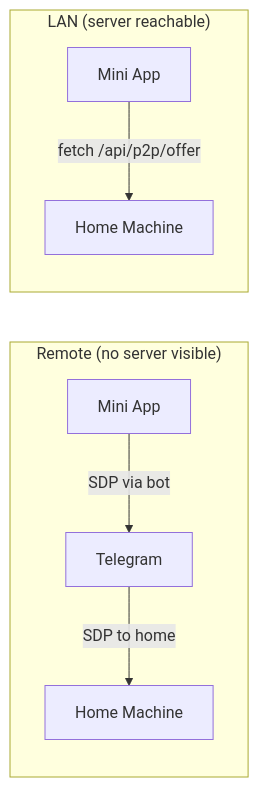
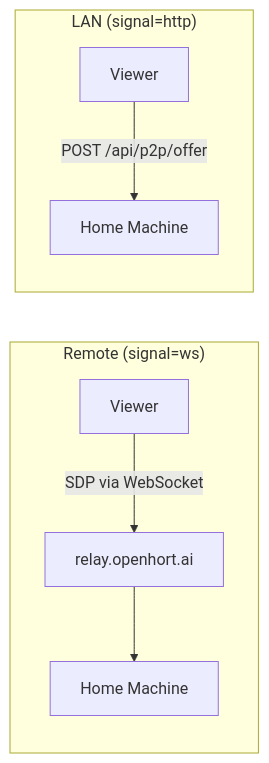
Before and after one commit to openhort/openhort: the fourth of 7 diagrams in docs/coding/peer2peer.md, drawn with Mermaid. The commit also changed other lines of this file and 10 other files, not shown here.

````diff
--- a/docs/coding/peer2peer.md
+++ b/docs/coding/peer2peer.md
@@ -87,10 +197,10 @@
 ```mermaid
 flowchart LR
-    subgraph remote["Remote (no server visible)"]
-        MA1[Mini App] -->|SDP via bot| TG[Telegram]
-        TG -->|SDP to home| HOME1[Home Machine]
+    subgraph remote["Remote (signal=ws)"]
+        MA1[Viewer] -->|"SDP via WebSocket"| RELAY[relay.openhort.ai]
+        RELAY --> HOME1[Home Machine]
     end
-    subgraph lan["LAN (server reachable)"]
-        MA2[Mini App] -->|fetch /api/p2p/offer| HOME2[Home Machine]
+    subgraph lan["LAN (signal=http)"]
+        MA2[Viewer] -->|"POST /api/p2p/offer"| HOME2[Home Machine]
     end
 ```
````
